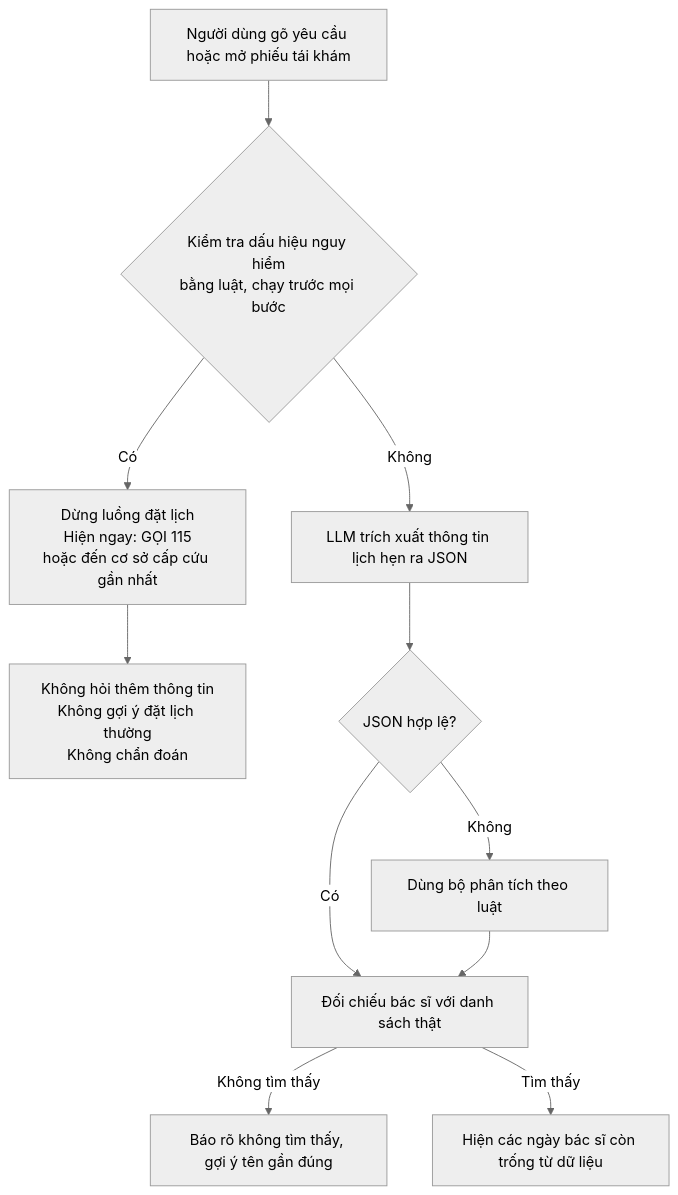
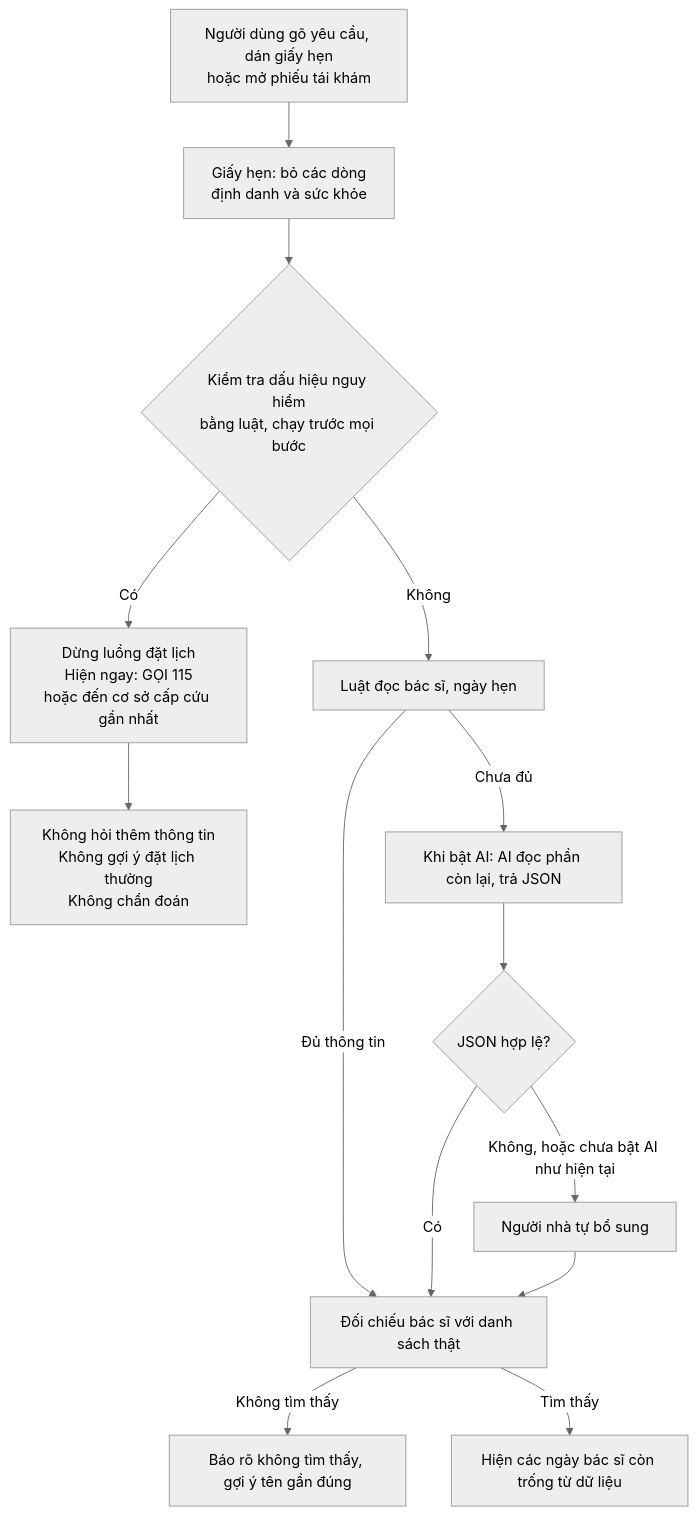
One commit to xdgopen/vinmec-exam changed the diagram in 06-rui-ro-dao-duc/rui-ro-dao-duc.md. Above: the diagram before and after it, drawn with Mermaid (neutral theme). The commit also changed other lines of this file and 23 other files, not shown here.

````diff
--- a/06-rui-ro-dao-duc/rui-ro-dao-duc.md
+++ b/06-rui-ro-dao-duc/rui-ro-dao-duc.md
@@ -56,13 +60,16 @@
 ```mermaid
 flowchart TD
-  A[Người dùng gõ yêu cầu hoặc mở phiếu tái khám] --> B{Kiểm tra dấu hiệu nguy hiểm<br/>bằng luật, chạy trước mọi bước}
+  A[Người dùng gõ yêu cầu, dán giấy hẹn<br/>hoặc mở phiếu tái khám] --> R[Giấy hẹn: bỏ các dòng<br/>định danh và sức khỏe]
+  R --> B{Kiểm tra dấu hiệu nguy hiểm<br/>bằng luật, chạy trước mọi bước}
   B -->|Có| C[Dừng luồng đặt lịch<br/>Hiện ngay: GỌI 115<br/>hoặc đến cơ sở cấp cứu gần nhất]
   C --> D[Không hỏi thêm thông tin<br/>Không gợi ý đặt lịch thường<br/>Không chẩn đoán]
-  B -->|Không| E[LLM trích xuất thông tin lịch hẹn ra JSON]
+  B -->|Không| G[Luật đọc bác sĩ, ngày hẹn]
+  G -->|Đủ thông tin| H[Đối chiếu bác sĩ với danh sách thật]
+  G -->|Chưa đủ| E[Khi bật AI: AI đọc phần còn lại, trả JSON]
   E --> F{JSON hợp lệ?}
-  F -->|Không| G[Dùng bộ phân tích theo luật]
-  F -->|Có| H[Đối chiếu bác sĩ với danh sách thật]
-  G --> H
+  F -->|Có| H
+  F -->|Không, hoặc chưa bật AI như hiện tại| K[Người nhà tự bổ sung]
+  K --> H
   H -->|Không tìm thấy| I[Báo rõ không tìm thấy, gợi ý tên gần đúng]
   H -->|Tìm thấy| J[Hiện các ngày bác sĩ còn trống từ dữ liệu]
 ```
````
